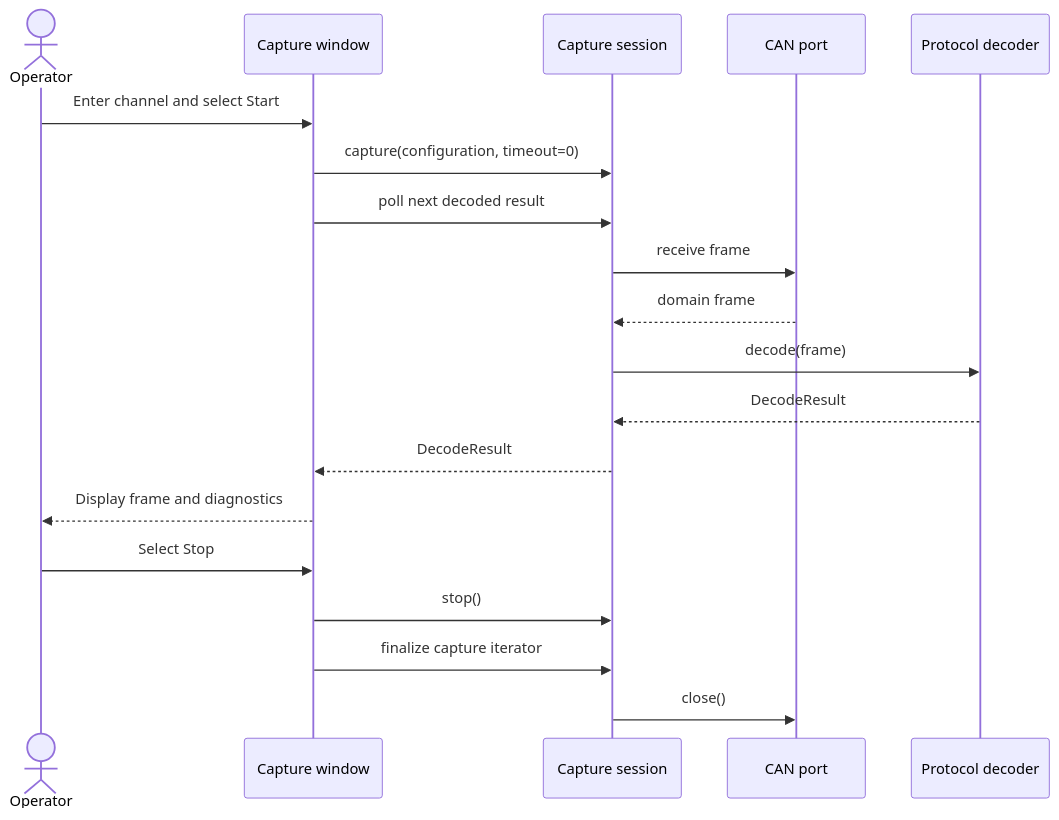
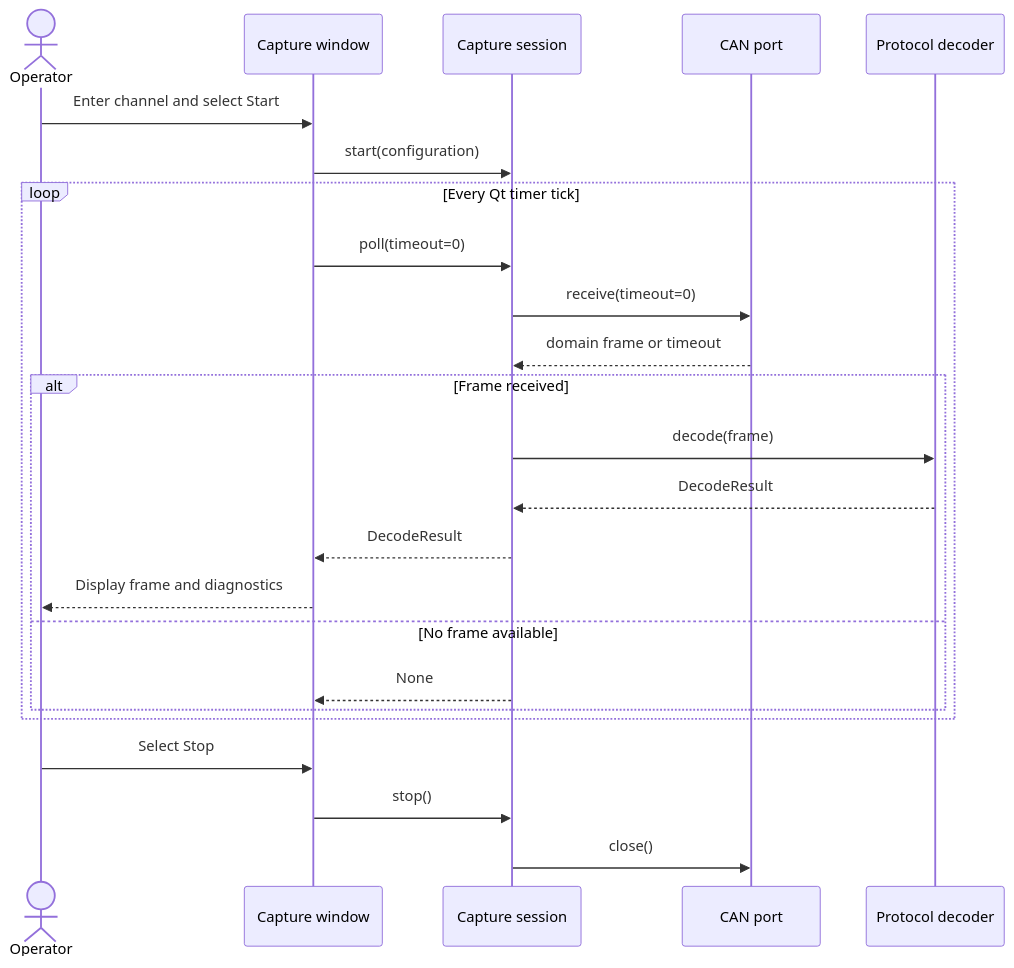
The diagram in docs/architecture/diagrams/can-capture/05-ui-sequence.md (benoit-bremaud/can-sniffer), drawn with Mermaid before and after one commit. The commit also changed 5 other files, not shown here.

Commit message:
fix(capture): harden cleanup and align capture diagrams

````diff
--- a/docs/architecture/diagrams/can-capture/05-ui-sequence.md
+++ b/docs/architecture/diagrams/can-capture/05-ui-sequence.md
@@ -10,22 +10,27 @@
 ```mermaid
 sequenceDiagram
     actor Operator
     participant Window as Capture window
     participant Session as Capture session
     participant Port as CAN port
     participant Decoder as Protocol decoder
 
     Operator->>Window: Enter channel and select Start
-    Window->>Session: capture(configuration, timeout=0)
-    Window->>Session: poll next decoded result
-    Session->>Port: receive frame
-    Port-->>Session: domain frame
-    Session->>Decoder: decode(frame)
-    Decoder-->>Session: DecodeResult
-    Session-->>Window: DecodeResult
-    Window-->>Operator: Display frame and diagnostics
+    Window->>Session: start(configuration)
+    loop Every Qt timer tick
+        Window->>Session: poll(timeout=0)
+        Session->>Port: receive(timeout=0)
+        Port-->>Session: domain frame or timeout
+        alt Frame received
+            Session->>Decoder: decode(frame)
+            Decoder-->>Session: DecodeResult
+            Session-->>Window: DecodeResult
+            Window-->>Operator: Display frame and diagnostics
+        else No frame available
+            Session-->>Window: None
+        end
+    end
     Operator->>Window: Select Stop
     Window->>Session: stop()
-    Window->>Session: finalize capture iterator
     Session->>Port: close()
 ```
````
